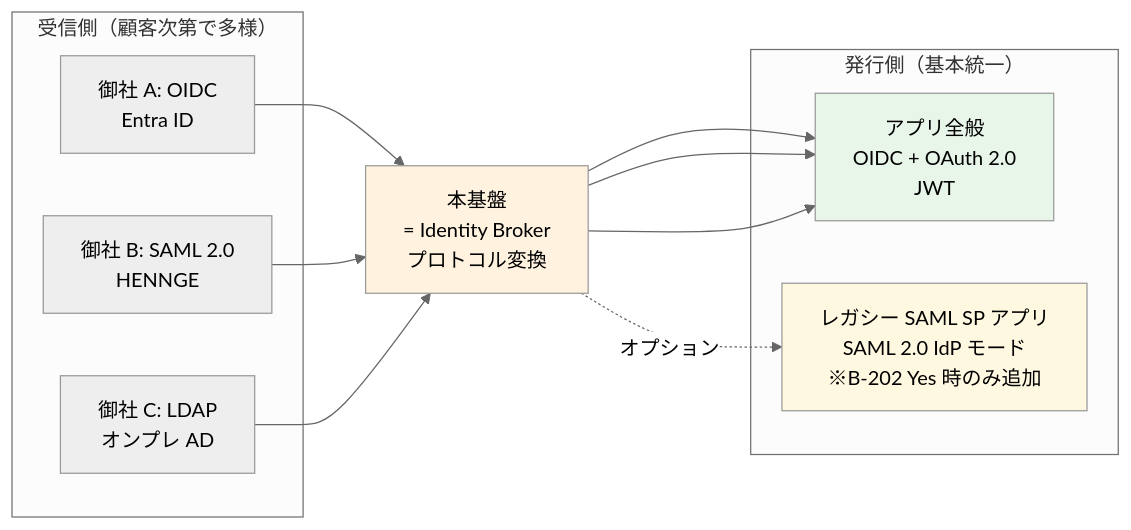
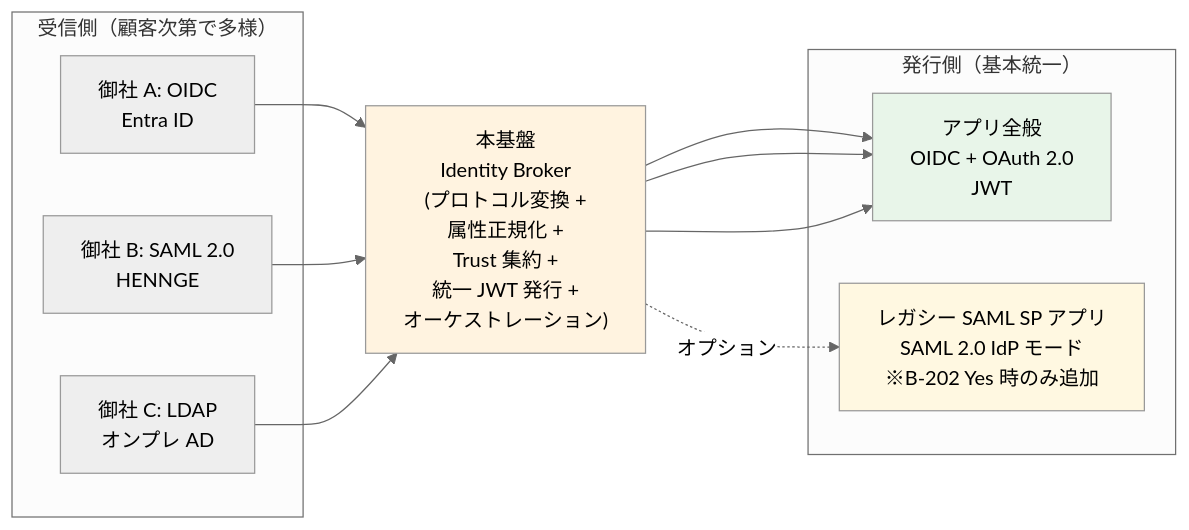
The third of 3 diagrams in doc/requirements/hearing-script/02-idp-federation.md (suepie/aws-atuh-poc), drawn with Mermaid (neutral theme) before and after one commit. The commit also changed other lines of this file and 1 other file, not shown here.

````diff
--- a/doc/requirements/hearing-script/02-idp-federation.md
+++ b/doc/requirements/hearing-script/02-idp-federation.md
@@ -112,24 +119,24 @@
 ```mermaid
 flowchart LR
     subgraph Recv["受信側（顧客次第で多様）"]
         R1[御社 A: OIDC<br/>Entra ID]
         R2[御社 B: SAML 2.0<br/>HENNGE]
         R3[御社 C: LDAP<br/>オンプレ AD]
     end
 
-    Hub[本基盤<br/>= Identity Broker<br/>プロトコル変換]
+    Hub["本基盤<br/>Identity Broker<br/>(プロトコル変換 +<br/>属性正規化 +<br/>Trust 集約 +<br/>統一 JWT 発行 +<br/>オーケストレーション)"]
 
     subgraph Issue["発行側（基本統一）"]
         I1[アプリ全般<br/>OIDC + OAuth 2.0<br/>JWT]
         I2[レガシー SAML SP アプリ<br/>SAML 2.0 IdP モード<br/>※B-202 Yes 時のみ追加]
     end
 
     R1 --> Hub --> I1
     R2 --> Hub --> I1
     R3 --> Hub --> I1
     Hub -.オプション.-> I2
 
     style Hub fill:#fff3e0
     style I1 fill:#e8f5e9
     style I2 fill:#fff8e1
 ```
````
